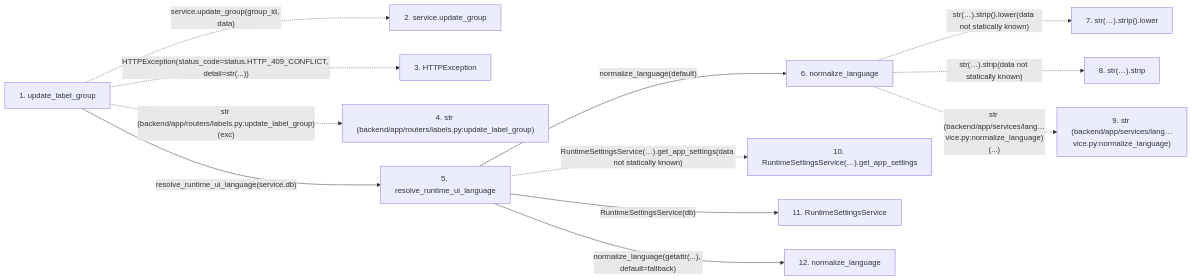
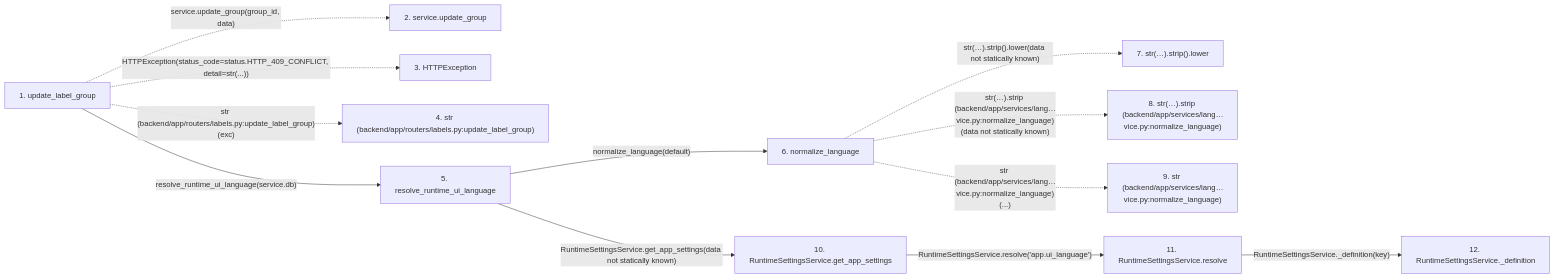
The second of 2 diagrams in docs/llm_wiki/flows/http-update_label_group.md (Denissvgn/WorkChord), drawn with Mermaid before and after one commit. The commit also changed other lines of this file and 25171 other files, not shown here.

````diff
--- a/docs/llm_wiki/flows/http-update_label_group.md
+++ b/docs/llm_wiki/flows/http-update_label_group.md
@@ -58,31 +133,32 @@
 ```mermaid
 flowchart LR
     s1["1. update_label_group"]
     s2["2. service.update_group"]
     s3["3. HTTPException"]
     s4["4. str (backend/app/routers/labels.py:update_label_group)"]
     s5["5. resolve_runtime_ui_language"]
     s6["6. normalize_language"]
     s7["7. str(…).strip().lower"]
-    s8["8. str(…).strip"]
+    s8["8. str(…).strip (backend/app/services/lang…vice.py:normalize_language)"]
     s9["9. str (backend/app/services/lang…vice.py:normalize_language)"]
-    s10["10. RuntimeSettingsService(…).get_app_settings"]
-    s11["11. RuntimeSettingsService"]
-    s12["12. normalize_language"]
+    s10["10. RuntimeSettingsService.get_app_settings"]
+    s11["11. RuntimeSettingsService.resolve"]
+    s12["12. RuntimeSettingsService._definition"]
     s1 -. "service.update_group(group_id, data)" .-> s2
     s1 -. "HTTPException(status_code=status.HTTP_409_CONFLICT, detail=str(...))" .-> s3
     s1 -. "str (backend/app/routers/labels.py:update_label_group)(exc)" .-> s4
     s1 -->|"resolve_runtime_ui_language(service.db)"| s5
     s5 -->|"normalize_language(default)"| s6
     s6 -. "str(…).strip().lower(data not statically known)" .-> s7
-    s6 -. "str(…).strip(data not statically known)" .-> s8
+    s6 -. "str(…).strip (backend/app/services/lang…vice.py:normalize_language)(data not statically known)" .-> s8
     s6 -. "str (backend/app/services/lang…vice.py:normalize_language)(...)" .-> s9
-    s5 -. "RuntimeSettingsService(…).get_app_settings(data not statically known)" .-> s10
-    s5 -->|"RuntimeSettingsService(db)"| s11
-    s5 -->|"normalize_language(getattr(...), default=fallback)"| s12
+    s5 -->|"RuntimeSettingsService.get_app_settings(data not statically known)"| s10
+    s10 -->|"RuntimeSettingsService.resolve('app.ui_language')"| s11
+    s11 -->|"RuntimeSettingsService._definition(key)"| s12
     click s1 "../modules/labels.md"
     click s5 "../modules/language_service.md"
     click s6 "../modules/language_service.md"
+    click s10 "../modules/system_settings_service.md"
     click s11 "../modules/system_settings_service.md"
-    click s12 "../modules/language_service.md"
+    click s12 "../modules/system_settings_service.md"
 ```
````
